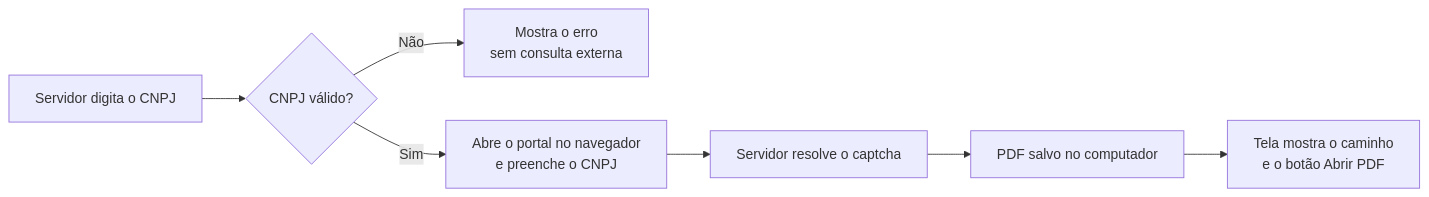
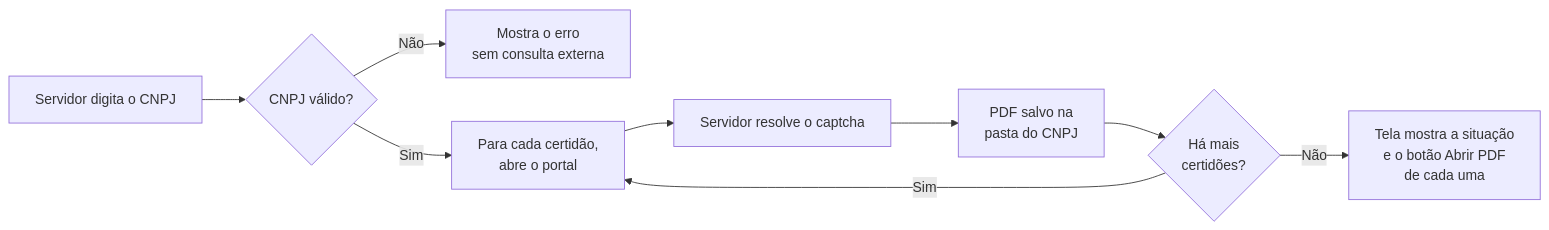
Before and after one commit to maia-andre/licita_certidoes: the diagram in README.md, drawn with Mermaid. The commit also changed other lines of this file and 18 other files, not shown here.

````diff
--- a/README.md
+++ b/README.md
@@ -27,9 +27,11 @@
 ```mermaid
 flowchart LR
     A[Servidor digita o CNPJ] --> B{CNPJ válido?}
     B -- Não --> C[Mostra o erro<br/>sem consulta externa]
-    B -- Sim --> D[Abre o portal no navegador<br/>e preenche o CNPJ]
+    B -- Sim --> D[Para cada certidão,<br/>abre o portal]
     D --> E[Servidor resolve o captcha]
-    E --> F[PDF salvo no computador]
-    F --> G[Tela mostra o caminho<br/>e o botão Abrir PDF]
+    E --> F[PDF salvo na<br/>pasta do CNPJ]
+    F --> G{Há mais<br/>certidões?}
+    G -- Sim --> D
+    G -- Não --> H[Tela mostra a situação<br/>e o botão Abrir PDF<br/>de cada uma]
 ```
````
